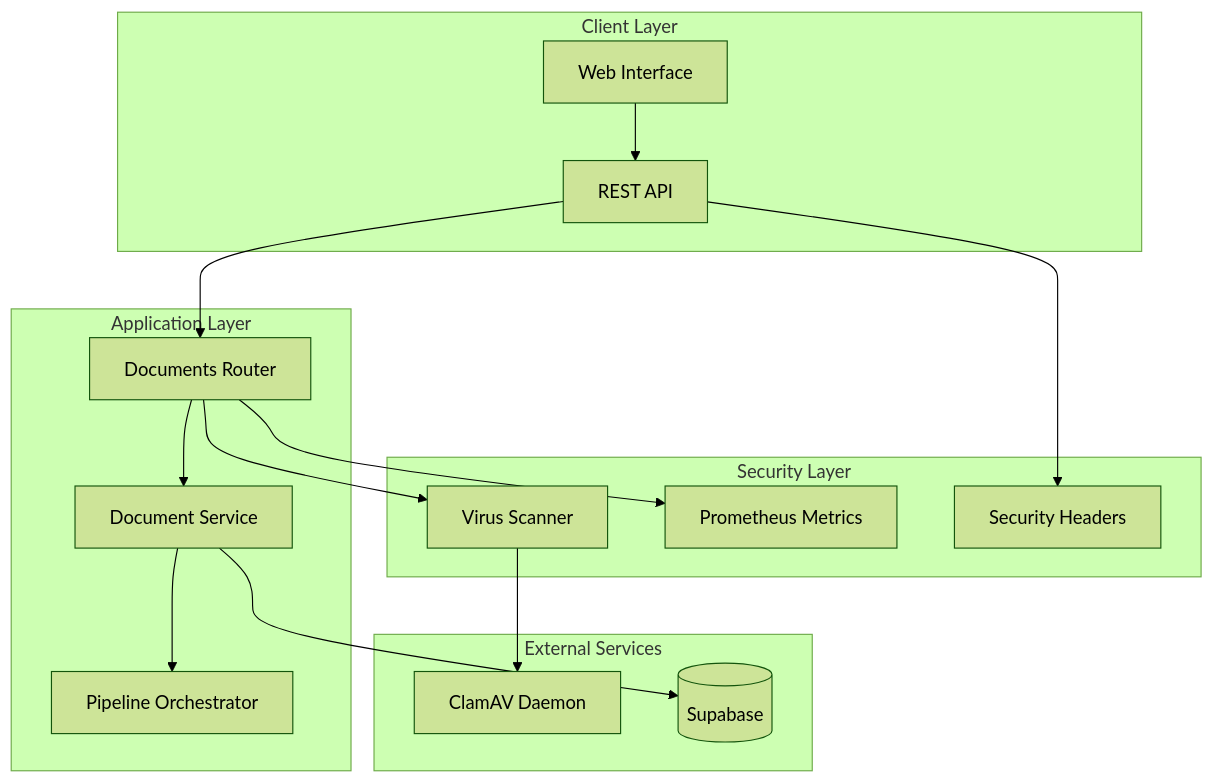
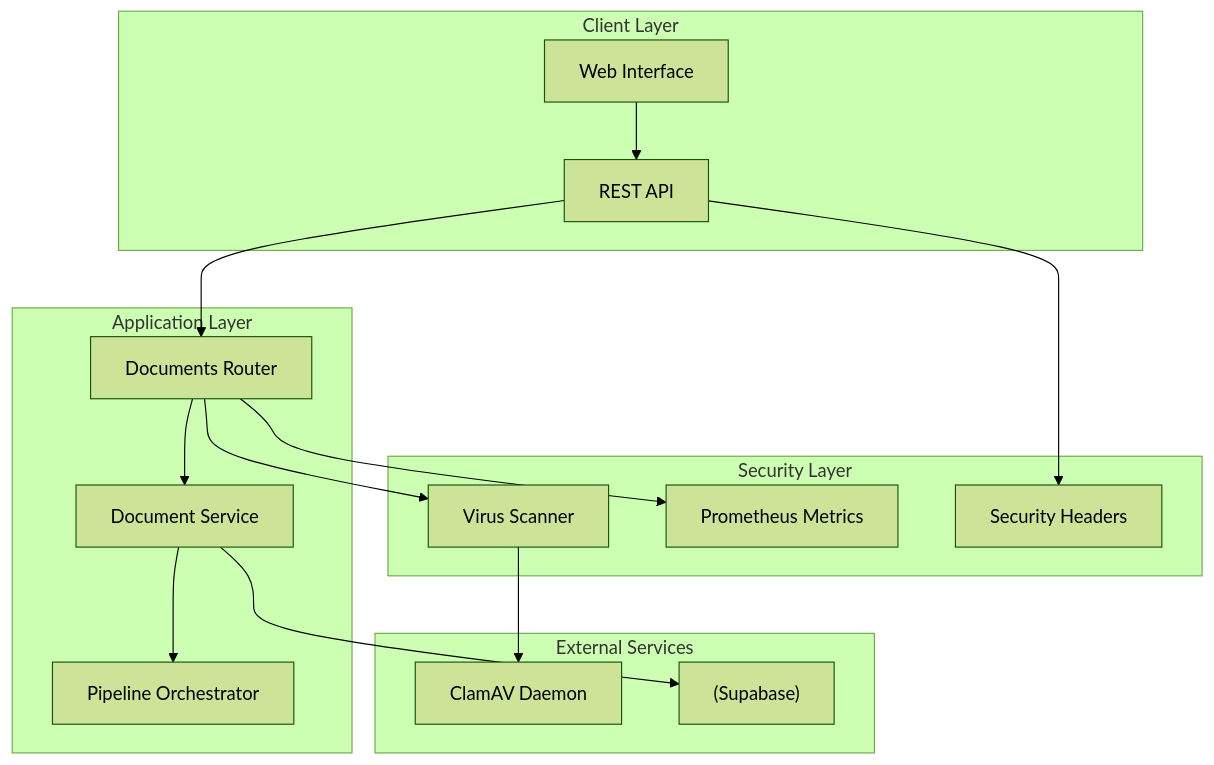
Before and after one commit to rohitkumarnaidu/ScholarFormAI: the first of 7 diagrams in docs/docs/knowledge/Virus Scanner Enhancements.md, drawn with Mermaid (forest theme). The commit also changed other lines of this file and 611 other files, not shown here.

````diff
--- a/docs/docs/knowledge/Virus Scanner Enhancements.md
+++ b/docs/docs/knowledge/Virus Scanner Enhancements.md
@@ -41,30 +41,30 @@
 ```mermaid
 graph TB
 subgraph "Client Layer"
-UI[Web Interface]
-API[REST API]
+UI["Web Interface"]
+API["REST API"]
 end
 subgraph "Application Layer"
-Router[Documents Router]
-Service[Document Service]
-Pipeline[Pipeline Orchestrator]
+Router["Documents Router"]
+Service["Document Service"]
+Pipeline["Pipeline Orchestrator"]
 end
 subgraph "Security Layer"
-Scanner[Virus Scanner]
-Metrics[Prometheus Metrics]
-Headers[Security Headers]
+Scanner["Virus Scanner"]
+Metrics["Prometheus Metrics"]
+Headers["Security Headers"]
 end
 subgraph "External Services"
-ClamAV[ClamAV Daemon]
-Database[(Supabase)]
+ClamAV["ClamAV Daemon"]
+Database["(Supabase)"]
 end
 UI --> API
 API --> Router
 Router --> Scanner
 Router --> Service
 Service --> Pipeline
 Scanner --> ClamAV
 Router --> Metrics
 API --> Headers
 Service --> Database
 ```
````
